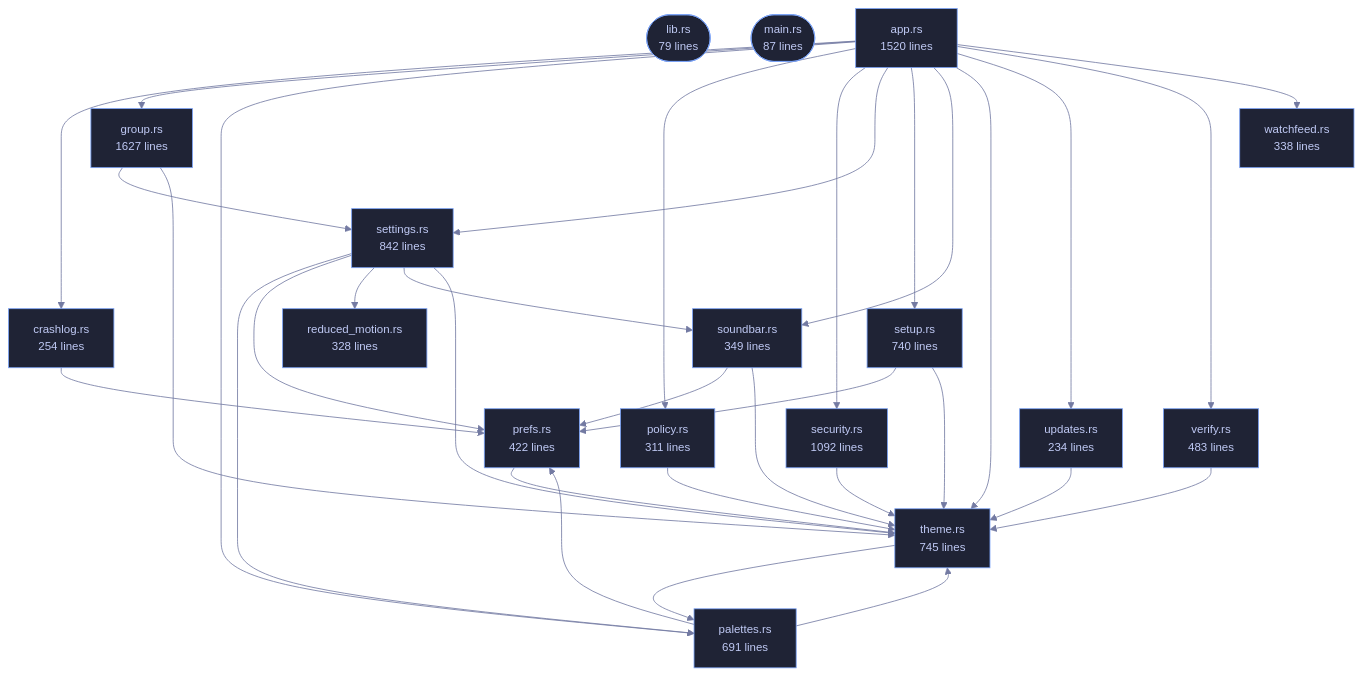
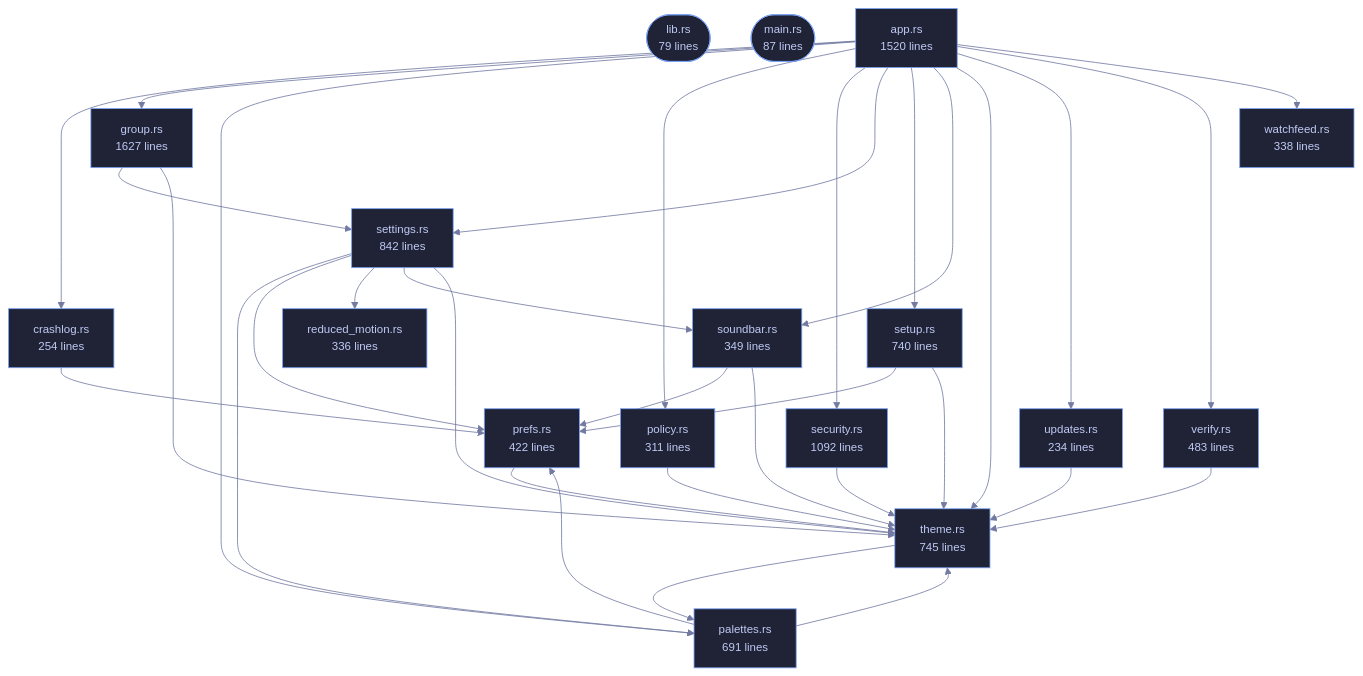
One commit to tilas01/veilvoice changed the diagram in wiki/Crate-veilvoice-gui.md. Above: the diagram before and after it, drawn with Mermaid. The commit also changed other lines of this file and 56 other files, not shown here.

````diff
--- a/wiki/Crate-veilvoice-gui.md
+++ b/wiki/Crate-veilvoice-gui.md
@@ -81,70 +81,70 @@
 ```mermaid
 %%{init: {"theme":"base","themeVariables":{"background":"#1a1b26","primaryColor":"#1f2335","primaryTextColor":"#c0caf5","primaryBorderColor":"#7aa2f7","secondaryColor":"#16161e","tertiaryColor":"#16161e","lineColor":"#737aa2","textColor":"#c0caf5","mainBkg":"#1f2335","nodeBorder":"#7aa2f7","clusterBkg":"#16161e","clusterBorder":"#2f3549","fontFamily":"ui-monospace, SFMono-Regular, Consolas, monospace","fontSize":"14px"}}}%%
 flowchart TD
     n_lib(["lib.rs<br/>79 lines"])
     n_main(["main.rs<br/>87 lines"])
     n_app["app.rs<br/>1520 lines"]
     n_crashlog["crashlog.rs<br/>254 lines"]
     n_group["group.rs<br/>1627 lines"]
     n_palettes["palettes.rs<br/>691 lines"]
     n_policy["policy.rs<br/>311 lines"]
     n_prefs["prefs.rs<br/>422 lines"]
-    n_reduced_motion["reduced_motion.rs<br/>328 lines"]
+    n_reduced_motion["reduced_motion.rs<br/>336 lines"]
     n_security["security.rs<br/>1092 lines"]
     n_settings["settings.rs<br/>842 lines"]
     n_setup["setup.rs<br/>740 lines"]
     n_soundbar["soundbar.rs<br/>349 lines"]
     n_theme["theme.rs<br/>745 lines"]
     n_updates["updates.rs<br/>234 lines"]
     n_verify["verify.rs<br/>483 lines"]
     n_watchfeed["watchfeed.rs<br/>338 lines"]
     n_app --> n_crashlog
     n_app --> n_group
     n_app --> n_palettes
     n_app --> n_policy
     n_app --> n_security
     n_app --> n_settings
     n_app --> n_setup
     n_app --> n_soundbar
     n_app --> n_theme
     n_app --> n_updates
     n_app --> n_verify
     n_app --> n_watchfeed
     n_crashlog --> n_prefs
     n_group --> n_settings
     n_group --> n_theme
     n_palettes --> n_prefs
     n_palettes --> n_theme
     n_policy --> n_theme
     n_prefs --> n_theme
     n_security --> n_theme
     n_settings --> n_palettes
     n_settings --> n_prefs
     n_settings --> n_reduced_motion
     n_settings --> n_soundbar
     n_settings --> n_theme
     n_setup --> n_prefs
     n_setup --> n_theme
     n_soundbar --> n_prefs
     n_soundbar --> n_theme
     n_theme --> n_palettes
     n_updates --> n_theme
     n_verify --> n_theme
     click n_lib href "https://github.com/tilas01/veilvoice/blob/main/crates/veilvoice-gui/src/lib.rs" "open the source"
     click n_main href "https://github.com/tilas01/veilvoice/blob/main/crates/veilvoice-gui/src/main.rs" "open the source"
     click n_app href "https://github.com/tilas01/veilvoice/blob/main/crates/veilvoice-gui/src/app.rs" "open the source"
     click n_crashlog href "https://github.com/tilas01/veilvoice/blob/main/crates/veilvoice-gui/src/crashlog.rs" "open the source"
     click n_group href "https://github.com/tilas01/veilvoice/blob/main/crates/veilvoice-gui/src/group.rs" "open the source"
     click n_palettes href "https://github.com/tilas01/veilvoice/blob/main/crates/veilvoice-gui/src/palettes.rs" "open the source"
     click n_policy href "https://github.com/tilas01/veilvoice/blob/main/crates/veilvoice-gui/src/policy.rs" "open the source"
     click n_prefs href "https://github.com/tilas01/veilvoice/blob/main/crates/veilvoice-gui/src/prefs.rs" "open the source"
     click n_reduced_motion href "https://github.com/tilas01/veilvoice/blob/main/crates/veilvoice-gui/src/reduced_motion.rs" "open the source"
     click n_security href "https://github.com/tilas01/veilvoice/blob/main/crates/veilvoice-gui/src/security.rs" "open the source"
     click n_settings href "https://github.com/tilas01/veilvoice/blob/main/crates/veilvoice-gui/src/settings.rs" "open the source"
     click n_setup href "https://github.com/tilas01/veilvoice/blob/main/crates/veilvoice-gui/src/setup.rs" "open the source"
     click n_soundbar href "https://github.com/tilas01/veilvoice/blob/main/crates/veilvoice-gui/src/soundbar.rs" "open the source"
     click n_theme href "https://github.com/tilas01/veilvoice/blob/main/crates/veilvoice-gui/src/theme.rs" "open the source"
     click n_updates href "https://github.com/tilas01/veilvoice/blob/main/crates/veilvoice-gui/src/updates.rs" "open the source"
     click n_verify href "https://github.com/tilas01/veilvoice/blob/main/crates/veilvoice-gui/src/verify.rs" "open the source"
     click n_watchfeed href "https://github.com/tilas01/veilvoice/blob/main/crates/veilvoice-gui/src/watchfeed.rs" "open the source"
 ```
````
